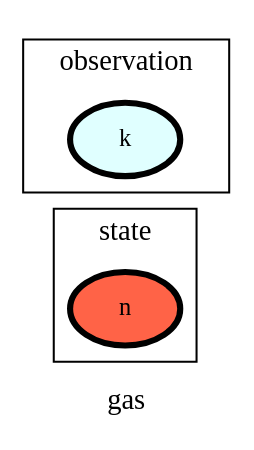
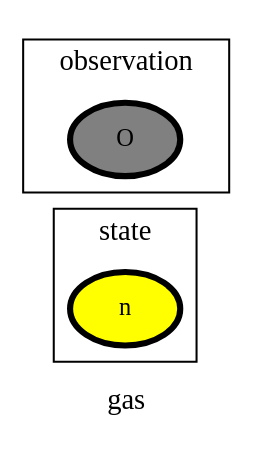
Before and after one commit to heinz-preisig/processes_distributed_no_interface_eqs: the diagram in ontology_graphs/graph__gas.dot, drawn with Graphviz. The commit also changed 79 other files, not shown here.

```diff
--- a/ontology_graphs/graph__gas.dot
+++ b/ontology_graphs/graph__gas.dot
@@ -1,81 +1,81 @@
 digraph gas {
 label=gas;
 rankdir=LR;
 subgraph cluster_gas___transport {
 label=transport;
 rankdir=LR;
 }
 
 subgraph cluster_gas___geometry {
 label=geometry;
 rankdir=LR;
 }
 
 subgraph cluster_gas___properties {
 label=properties;
 rankdir=LR;
 }
 
 subgraph cluster_gas___network {
 label=network;
 rankdir=LR;
 }
 
 subgraph cluster_gas___differenceOperator {
 label=differenceOperator;
 rankdir=LR;
 }
 
 subgraph cluster_gas___frame {
 label=frame;
 rankdir=LR;
 }
 
 subgraph cluster_gas___state {
 label=state;
 rankdir=LR;
-V_1 [fillcolor=tomato, fontsize=12, label=n, penwidth=3, style=filled];
+V_1 [fillcolor=yellow, fontsize=12, label=n, penwidth=3, style=filled];
 }
 
 subgraph cluster_gas___constant {
 label=constant;
 rankdir=LR;
 }
 
 subgraph cluster_gas___effort {
 label=effort;
 rankdir=LR;
 }
 
 subgraph cluster_gas___secondaryState {
 label=secondaryState;
 rankdir=LR;
 }
 
 subgraph cluster_gas___conversion {
 label=conversion;
 rankdir=LR;
 }
 
 subgraph cluster_gas___diffState {
 label=diffState;
 rankdir=LR;
 }
 
 subgraph cluster_gas___internalTransport {
 label=internalTransport;
 rankdir=LR;
 }
 
 subgraph cluster_gas___controlInput {
 label=controlInput;
 rankdir=LR;
 }
 
 subgraph cluster_gas___observation {
 label=observation;
 rankdir=LR;
-V_2 [fillcolor=lightcyan, fontsize=12, label=k, penwidth=3, style=filled];
+V_8 [fillcolor=grey, fontsize=12, label=O, penwidth=3, style=filled];
 }
 
 }
```
